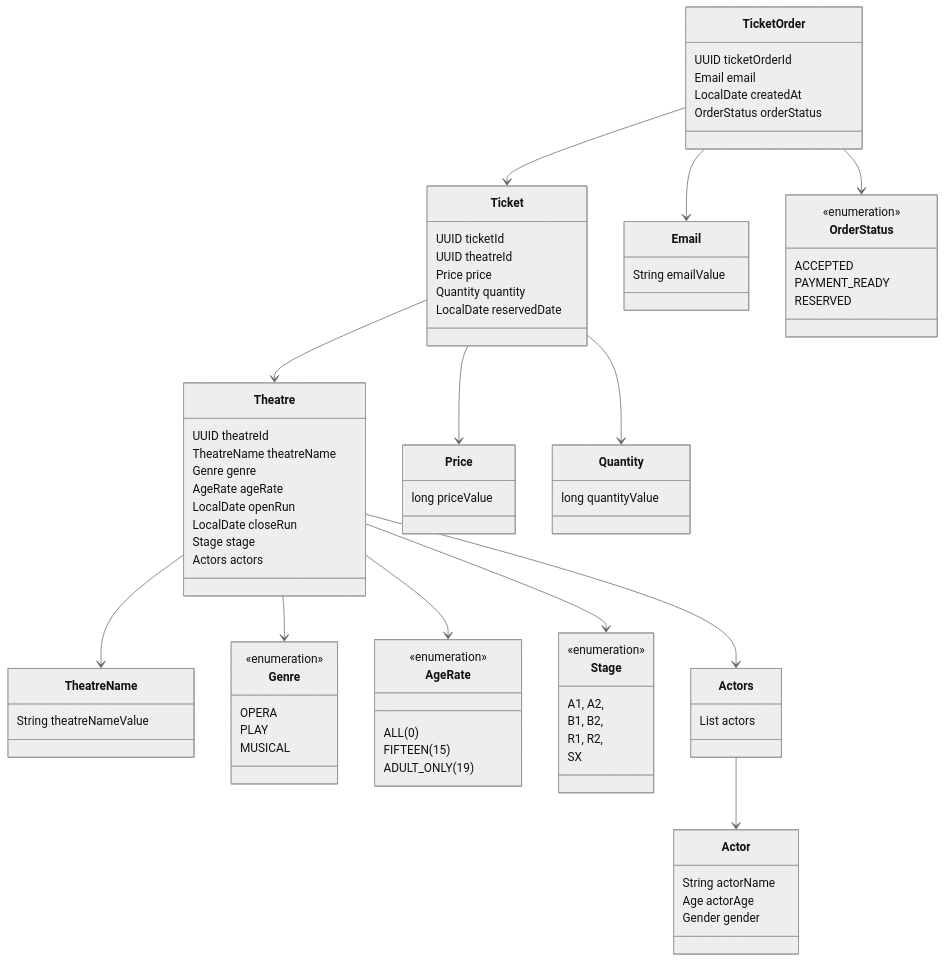
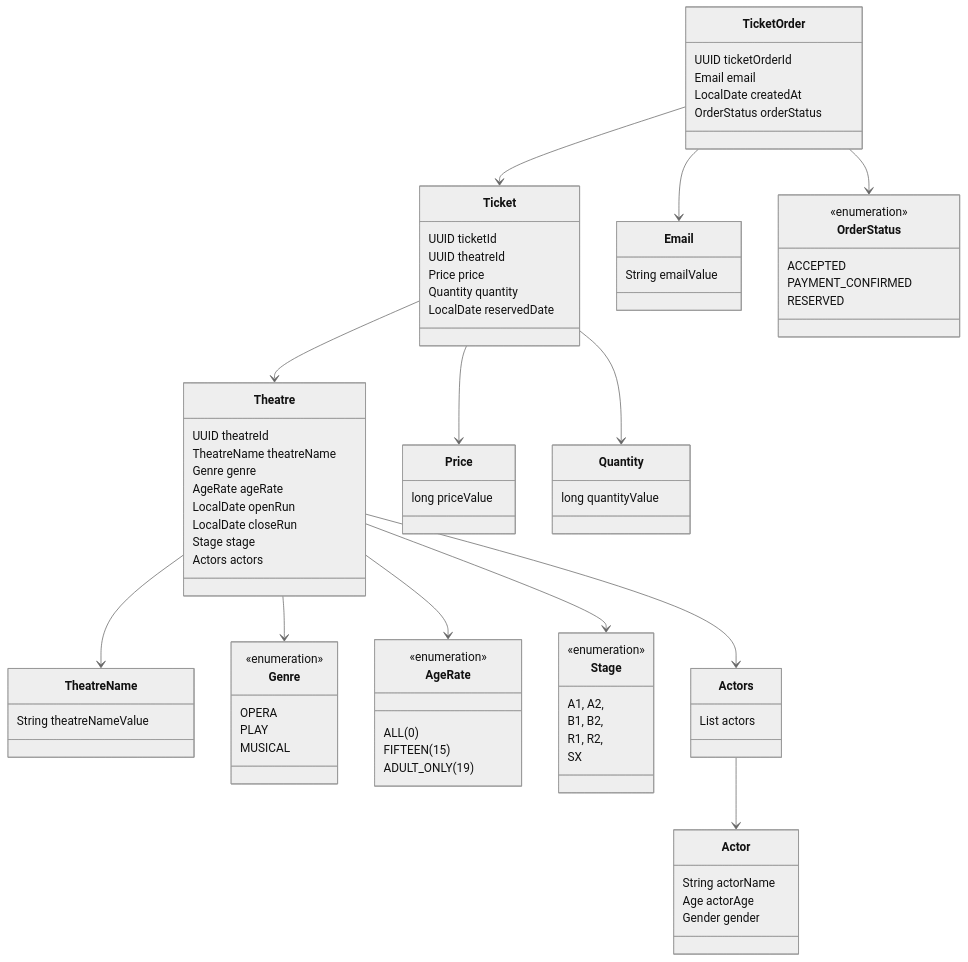
Before and after one commit to SY97P/Theatre_Manager_SpringBoot: the diagram in domain_relation.mermaid, drawn with Mermaid (neutral theme). The commit also changed 7 other files, not shown here.

```diff
--- a/domain_relation.mermaid
+++ b/domain_relation.mermaid
@@ -1,101 +1,101 @@
 classDiagram
 
     %% domain Theatre
     class Theatre {
         UUID theatreId
         TheatreName theatreName
         Genre genre
         AgeRate ageRate
         LocalDate openRun
         LocalDate closeRun
         Stage stage
         Actors actors
     }
 
     class TheatreName {
         String theatreNameValue
     }
 
     class Genre {
         <<enumeration>>
         OPERA
         PLAY
         MUSICAL
     }
 
     class AgeRate {
         <<enumeration>>
         ALL(0)
         FIFTEEN(15)
         ADULT_ONLY(19)
     }
 
     class Stage {
         <<enumeration>>
         A1, A2,
         B1, B2,
         R1, R2,
         SX
     }
 
     class Actors {
         List<Actor> actors
     }
     class Actor {
         String actorName
         Age actorAge
         Gender gender
     }
     Actors --> Actor
 
     Theatre --> TheatreName
     Theatre --> Genre
     Theatre --> AgeRate
     Theatre --> Stage
     Theatre --> Actors
 
     %% domain Ticket
     class Ticket {
         UUID ticketId
         UUID theatreId
         Price price
         Quantity quantity
         LocalDate reservedDate
     }
 
     class Price {
         long priceValue
     }
 
     class Quantity {
         long quantityValue
     }
 
     Ticket --> Price
     Ticket --> Quantity
 
     %% domain TicketOrder
     class TicketOrder {
         UUID ticketOrderId
         Email email
         LocalDate createdAt
         OrderStatus orderStatus
     }
 
     class Email {
         String emailValue
     }
 
     class OrderStatus {
         <<enumeration>>
         ACCEPTED
-        PAYMENT_READY
+        PAYMENT_CONFIRMED
         RESERVED
     }
 
     TicketOrder --> Email
     TicketOrder --> OrderStatus
 
     TicketOrder --> Ticket
 
     Ticket --> Theatre
```
